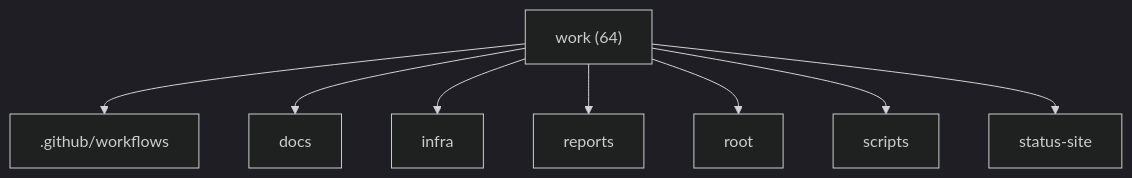
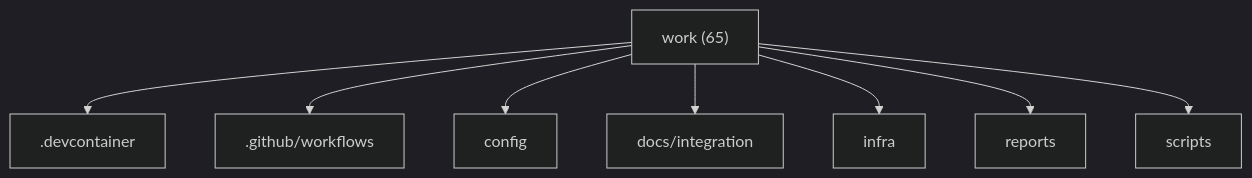
The first of 3 diagrams in reports/branch-intelligence/graphs.md (M0nado/helios-platform), drawn with Mermaid (dark theme) before and after one commit. The commit also changed other lines of this file and 24 other files, not shown here.

````diff
--- a/reports/branch-intelligence/graphs.md
+++ b/reports/branch-intelligence/graphs.md
@@ -5,11 +5,11 @@
 ```mermaid
 graph TD
-  work["work (64)"]
+  work["work (65)"]
+  work --> _devcontainer[".devcontainer"]
   work --> _github_workflows[".github/workflows"]
-  work --> docs["docs"]
+  work --> config["config"]
+  work --> docs_integration["docs/integration"]
   work --> infra["infra"]
   work --> reports["reports"]
-  work --> root["root"]
   work --> scripts["scripts"]
-  work --> status_site["status-site"]
 ```
````
